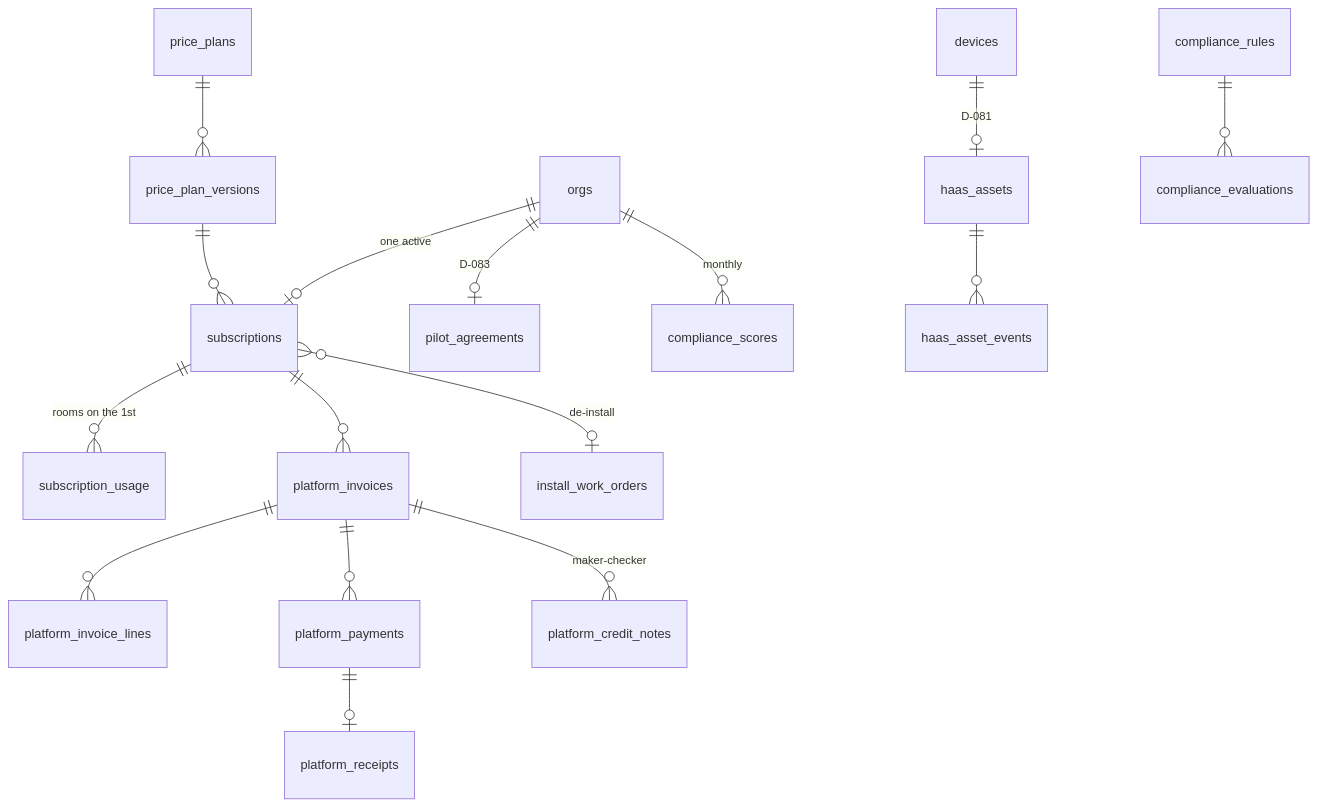
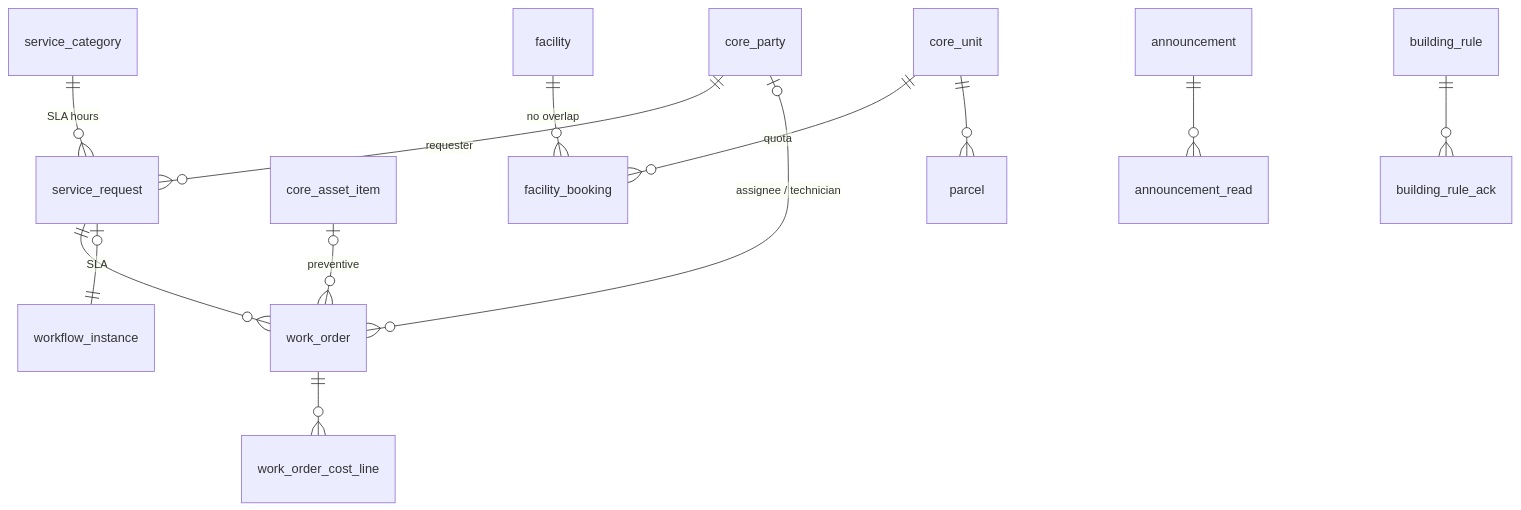
Before and after one commit to Collective-Group-Thailand/getproperty-api: the tenth of 13 diagrams in docs/schema-design.md, drawn with Mermaid. The commit also changed other lines of this file, not shown here.

First line of the commit message:
docs(schema): schema design v2 — neutral asset core, six schemas, RLS (D-150–D-161)

````diff
--- a/docs/schema-design.md
+++ b/docs/schema-design.md
@@ -1202,18 +1254,15 @@
 ```mermaid
 erDiagram
-  price_plans ||--o{ price_plan_versions : ""
-  price_plan_versions ||--o{ subscriptions : ""
-  orgs ||--o| subscriptions : "one active"
-  subscriptions ||--o{ subscription_usage : "rooms on the 1st"
-  subscriptions ||--o{ platform_invoices : ""
-  platform_invoices ||--o{ platform_invoice_lines : ""
-  platform_invoices ||--o{ platform_payments : ""
-  platform_payments ||--o| platform_receipts : ""
-  platform_invoices ||--o{ platform_credit_notes : "maker-checker"
-  devices ||--o| haas_assets : "D-081"
-  haas_assets ||--o{ haas_asset_events : ""
-  orgs ||--o| pilot_agreements : "D-083"
-  subscriptions }o--o| install_work_orders : "de-install"
-  compliance_rules ||--o{ compliance_evaluations : ""
-  orgs ||--o{ compliance_scores : "monthly"
+  service_category ||--o{ service_request : "SLA hours"
+  core_party ||--o{ service_request : "requester"
+  service_request ||--o{ work_order : ""
+  core_asset_item |o--o{ work_order : "preventive"
+  core_party |o--o{ work_order : "assignee / technician"
+  work_order ||--o{ work_order_cost_line : ""
+  service_request |o--|| workflow_instance : "SLA"
+  facility ||--o{ facility_booking : "no overlap"
+  core_unit ||--o{ facility_booking : "quota"
+  announcement ||--o{ announcement_read : ""
+  core_unit ||--o{ parcel : ""
+  building_rule ||--o{ building_rule_ack : ""
 ```
````
